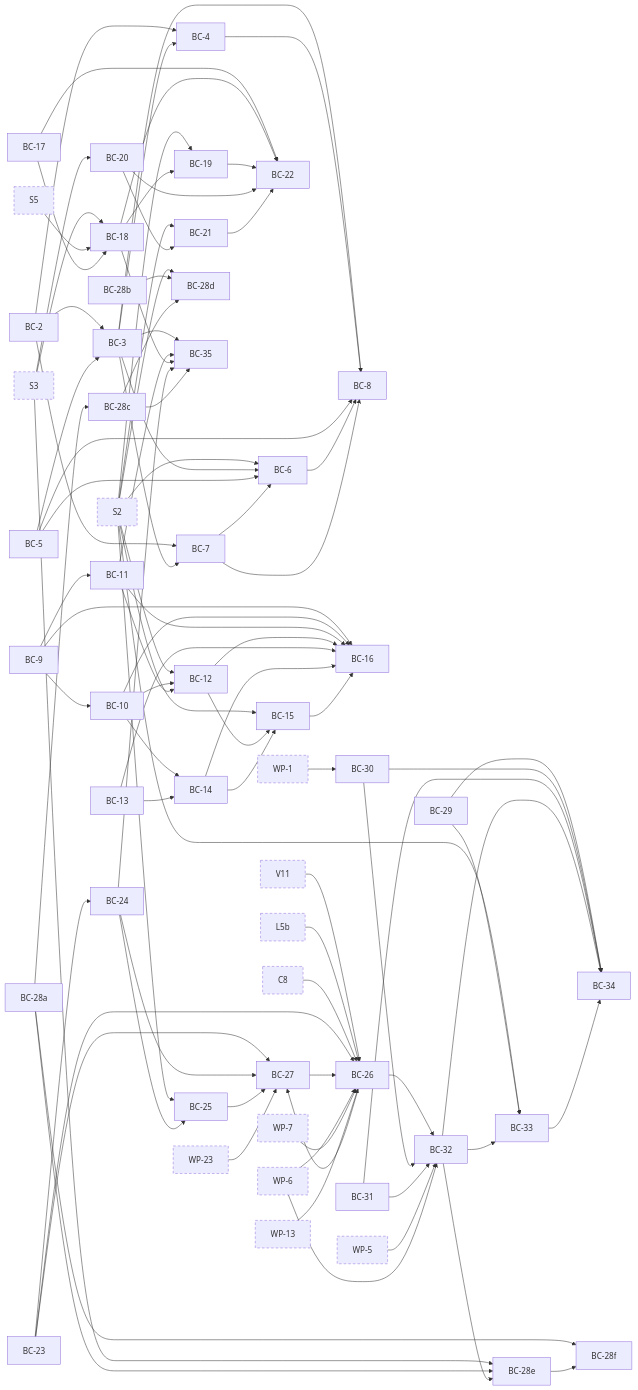
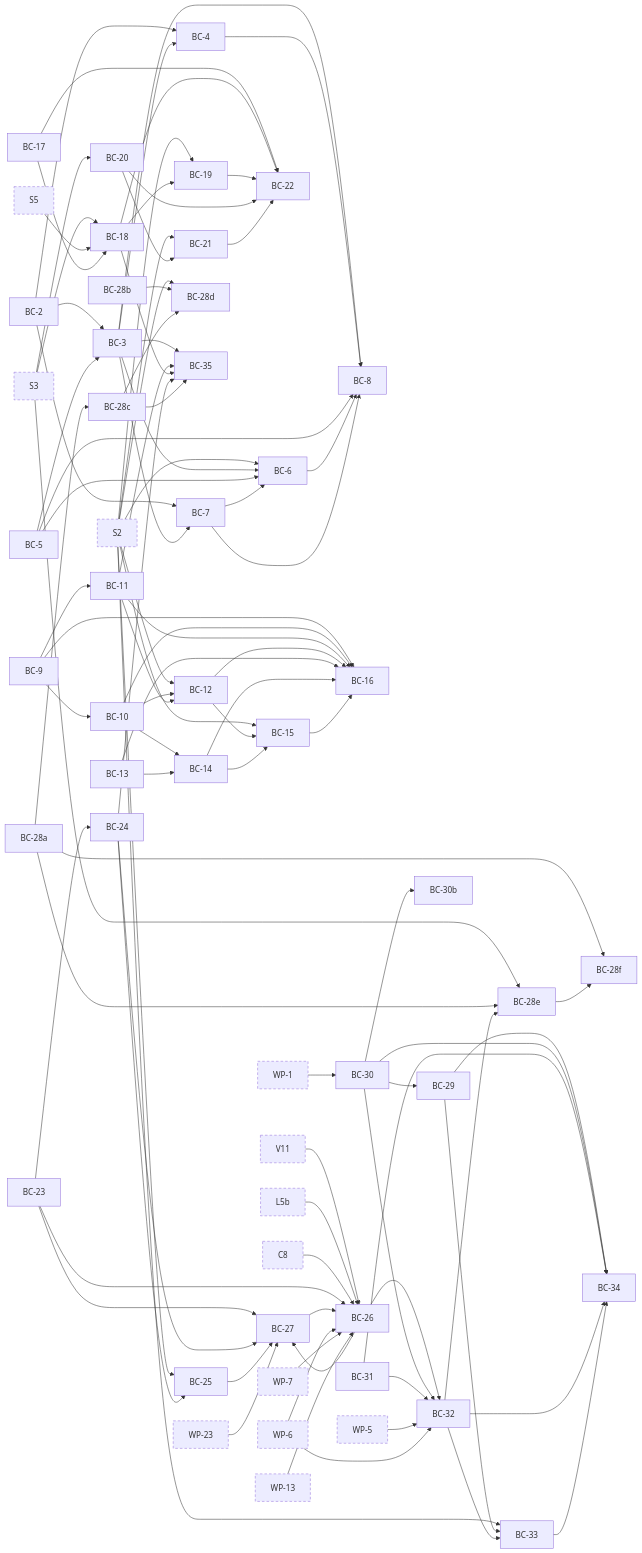
One commit to jhoblitt/rgw-go changed the seventh of 10 diagrams in docs/superpowers/plans/2026-10-13-phase-2/dependencies.md. Above: the diagram before and after it, drawn with Mermaid. The commit also changed other lines of this file, not shown here.

First line of the commit message:
docs(plan): regenerate the phase 2 dependency graph for BC-30b

```diff
--- a/docs/superpowers/plans/2026-10-13-phase-2/dependencies.md
+++ b/docs/superpowers/plans/2026-10-13-phase-2/dependencies.md
@@ -578,6 +578,7 @@
   t_BC_28f["BC-28f"]
   t_BC_29["BC-29"]
   t_BC_30["BC-30"]
+  t_BC_30b["BC-30b"]
   t_BC_31["BC-31"]
   t_BC_32["BC-32"]
   t_BC_33["BC-33"]
@@ -665,7 +666,9 @@
   t_BC_32 --> t_BC_28e
   t_BC_28a --> t_BC_28f
   t_BC_28e --> t_BC_28f
+  t_BC_30 --> t_BC_29
   t_WP_1 --> t_BC_30
+  t_BC_30 --> t_BC_30b
   t_BC_26 --> t_BC_32
   t_BC_30 --> t_BC_32
   t_BC_31 --> t_BC_32
@@ -718,6 +721,7 @@
   click t_BC_28f href "https://github.com/jhoblitt/rgw-go/blob/main/docs/superpowers/plans/2026-10-13-phase-2/B-bucket-config.md#task-bc-28f-ownership-recording" "BC-28f: Ownership recording"
   click t_BC_29 href "https://github.com/jhoblitt/rgw-go/blob/main/docs/superpowers/plans/2026-10-13-phase-2/B-bucket-config.md#task-bc-29-form-reader" "BC-29: Form reader"
   click t_BC_30 href "https://github.com/jhoblitt/rgw-go/blob/main/docs/superpowers/plans/2026-10-13-phase-2/B-bucket-config.md#task-bc-30-post-policy-document" "BC-30: POST policy document"
+  click t_BC_30b href "https://github.com/jhoblitt/rgw-go/blob/main/docs/superpowers/plans/2026-10-13-phase-2/B-bucket-config.md#task-bc-30b-one-parse_iso8601-and-one-json_spirit-reader" "BC-30b: One parse_iso8601 and one json_spirit reader"
   click t_BC_31 href "https://github.com/jhoblitt/rgw-go/blob/main/docs/superpowers/plans/2026-10-13-phase-2/B-bucket-config.md#task-bc-31-browser-upload-credentials" "BC-31: Browser-upload credentials"
   click t_BC_32 href "https://github.com/jhoblitt/rgw-go/blob/main/docs/superpowers/plans/2026-10-13-phase-2/B-bucket-config.md#task-bc-32-post-object-op" "BC-32: POST object op"
   click t_BC_33 href "https://github.com/jhoblitt/rgw-go/blob/main/docs/superpowers/plans/2026-10-13-phase-2/B-bucket-config.md#task-bc-33-post-object-routes" "BC-33: POST object routes"
```
